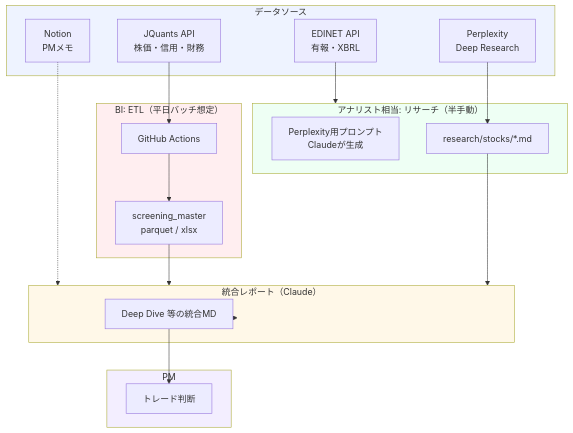
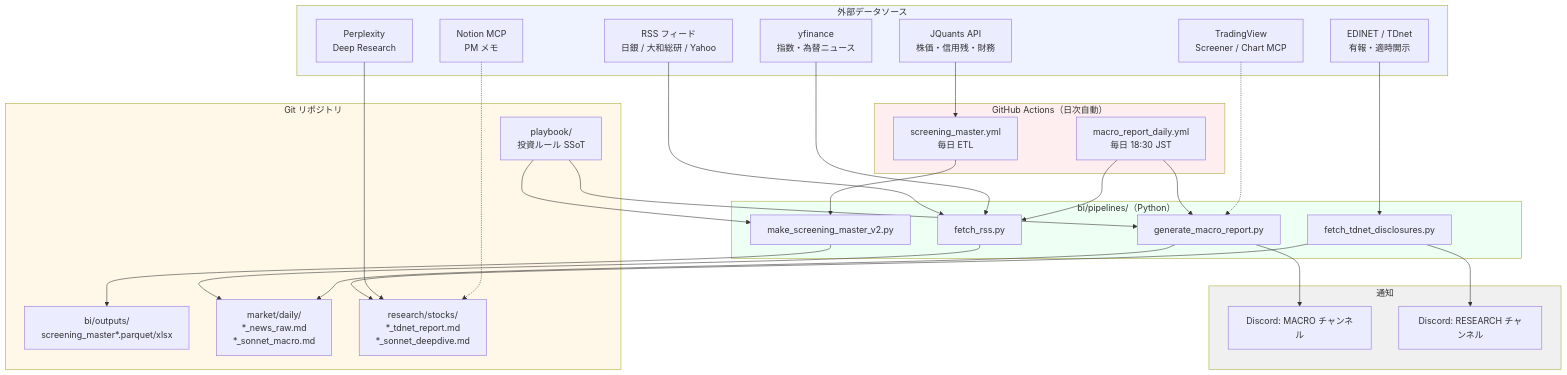
One commit to mzinvestment1105/mizuki-fund changed the first of 3 diagrams in dev/system_overview_for_review.md. Above: the diagram before and after it, drawn with Mermaid. The commit also changed other lines of this file, not shown here.

````diff
--- a/dev/system_overview_for_review.md
+++ b/dev/system_overview_for_review.md
@@ -35,43 +36,57 @@
 ```mermaid
 graph TB
-    subgraph DataSources["データソース"]
-        JQ[JQuants API<br/>株価・信用・財務]
-        ED[EDINET API<br/>有報・XBRL]
+    subgraph External["外部データソース"]
+        JQ[JQuants API<br/>株価・信用残・財務]
+        ED[EDINET / TDnet<br/>有報・適時開示]
+        RSS[RSS フィード<br/>日銀 / 大和総研 / Yahoo]
+        YF[yfinance<br/>指数・為替ニュース]
+        TV[TradingView<br/>Screener / Chart MCP]
         PX[Perplexity<br/>Deep Research]
-        NT[Notion<br/>PMメモ]
+        NT[Notion MCP<br/>PM メモ]
     end
 
-    subgraph ETL["BI: ETL（平日バッチ想定）"]
-        GA[GitHub Actions]
-        SM[screening_master<br/>parquet / xlsx]
-        GA --> SM
+    subgraph CI["GitHub Actions（日次自動）"]
+        GA_ETL[screening_master.yml<br/>毎日 ETL]
+        GA_MAC[macro_report_daily.yml<br/>毎日 18:30 JST]
     end
 
-    subgraph Research["アナリスト相当: リサーチ（半手動）"]
-        PP[Perplexity用プロンプト<br/>Claudeが生成]
-        MD[research/stocks/*.md]
+    subgraph Pipelines["bi/pipelines/（Python）"]
+        SM[make_screening_master_v2.py]
+        FR[fetch_rss.py]
+        GM[generate_macro_report.py]
+        TD[fetch_tdnet_disclosures.py]
     end
 
-    subgraph Report["統合レポート（Claude）"]
-        DD[Deep Dive 等の統合MD]
+    subgraph Storage["Git リポジトリ"]
+        BO[bi/outputs/<br/>screening_master*.parquet/xlsx]
+        MD_MKT[market/daily/<br/>*_news_raw.md<br/>*_sonnet_macro.md]
+        MD_RES[research/stocks/<br/>*_tdnet_report.md<br/>*_sonnet_deepdive.md]
+        PB[playbook/<br/>投資ルール SSoT]
     end
 
-    subgraph PM["PM"]
-        TD[トレード判断]
+    subgraph Notify["通知"]
+        DC_M[Discord: MACRO チャンネル]
+        DC_R[Discord: RESEARCH チャンネル]
     end
 
-    JQ --> GA
-    ED --> Research
-    PX --> MD
-    NT -.-> Report
-    SM --> Report
-    MD --> Report
-    Report --> DD
-    DD --> TD
+    JQ --> GA_ETL --> SM --> BO
+    RSS --> FR --> MD_MKT
+    YF --> FR
+    GA_MAC --> FR
+    GA_MAC --> GM
+    GM --> MD_MKT
+    GM --> DC_M
+    ED --> TD --> MD_RES
+    TD --> DC_R
+    PX --> MD_RES
+    TV -.-> GM
+    NT -.-> MD_RES
+    PB --> GM
+    PB --> SM
 
-    style DataSources fill:#eef3ff
-    style ETL fill:#ffeef0
-    style Research fill:#eefff4
-    style Report fill:#fff8e8
-    style PM fill:#f3eeff
+    style External fill:#eef3ff
+    style CI fill:#ffeef0
+    style Pipelines fill:#eefff4
+    style Storage fill:#fff8e8
+    style Notify fill:#f0f0f0
 ```
````
